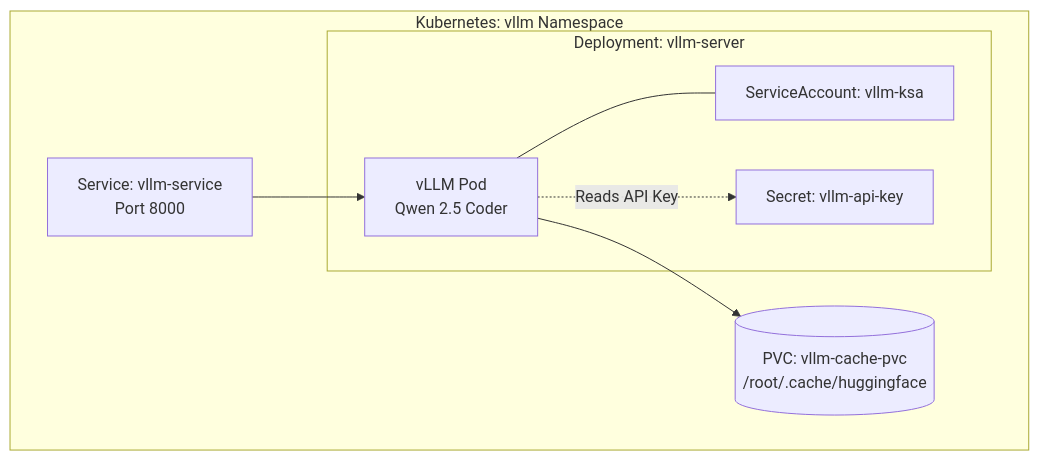
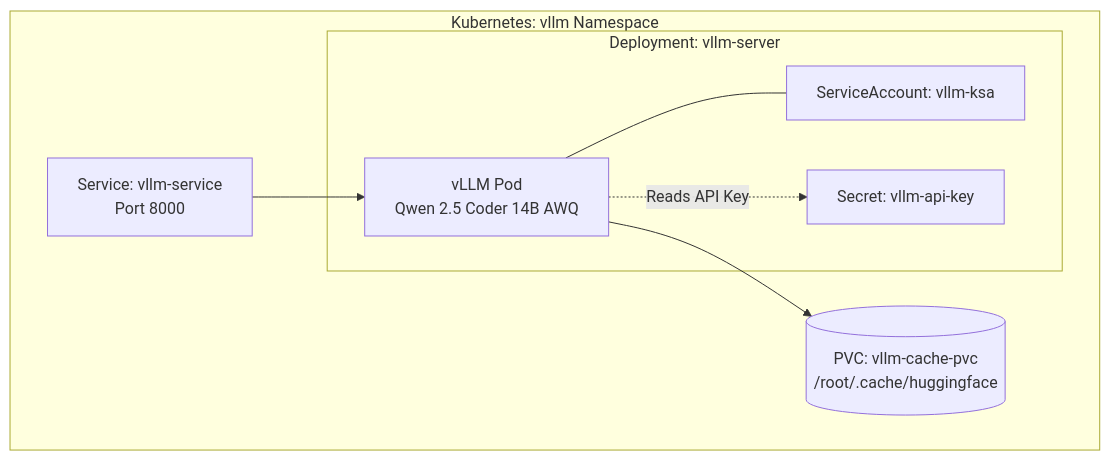
The diagram in k8s/vllm/README.md (iheb24/vllm-gke), drawn with Mermaid before and after one commit. The commit also changed other lines of this file and 6 other files, not shown here.

````diff
--- a/k8s/vllm/README.md
+++ b/k8s/vllm/README.md
@@ -14,20 +14,20 @@
 ```mermaid
 graph TD
     subgraph "Kubernetes: vllm Namespace"
         SVC[Service: vllm-service<br/>Port 8000]
         
         subgraph "Deployment: vllm-server"
-            Pod[vLLM Pod<br/>Qwen 2.5 Coder]
+            Pod[vLLM Pod<br/>Qwen 2.5 Coder 14B AWQ]
             KSA[ServiceAccount: vllm-ksa]
             Secret[Secret: vllm-api-key]
             
             Pod --- KSA
             Pod -. "Reads API Key" .-> Secret
         end
         
         PVC[(PVC: vllm-cache-pvc<br/>/root/.cache/huggingface)]
         
         SVC --> Pod
         Pod --> PVC
     end
 ```
````
